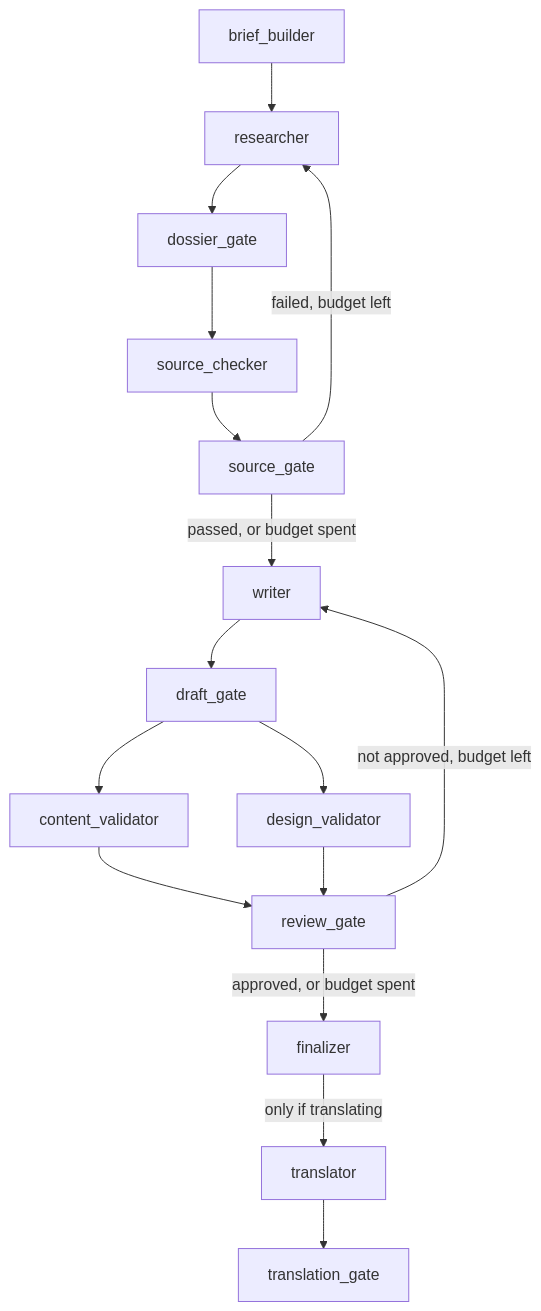
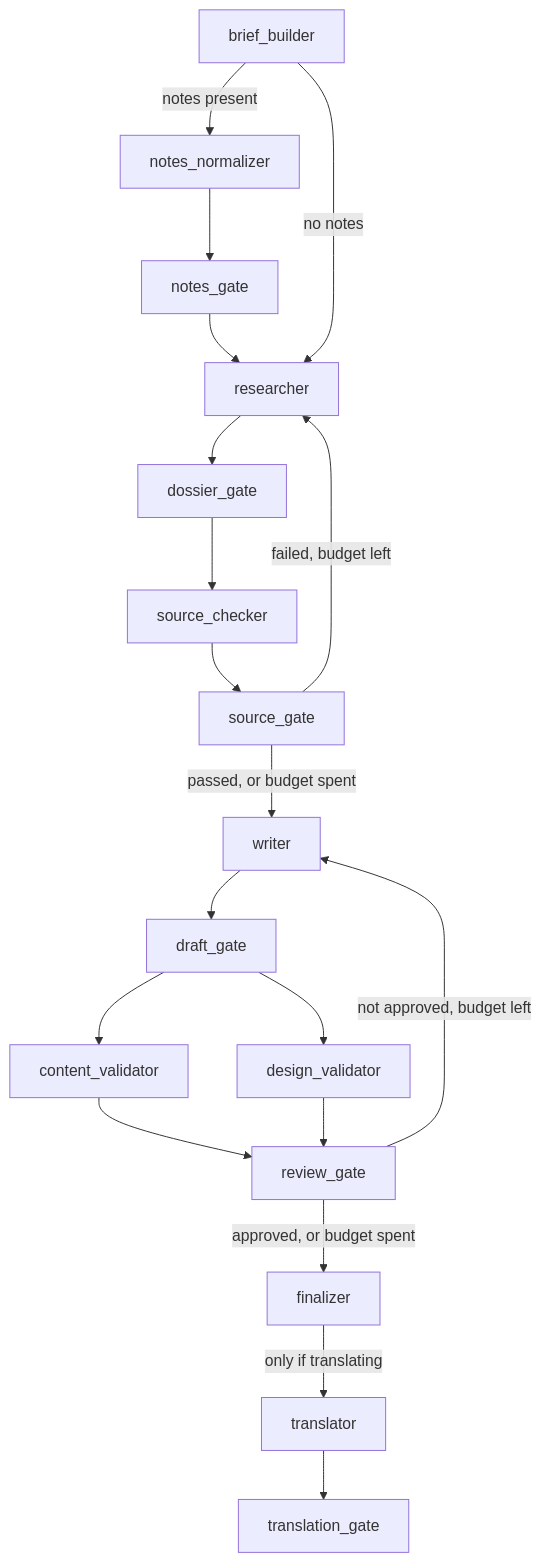
The second of 2 diagrams in docs/HOW-IT-WORKS.md (david-lorenzo88/powerplatformninja-blogger), drawn with Mermaid before and after one commit. The commit also changed other lines of this file and 24 other files, not shown here.

````diff
--- a/docs/HOW-IT-WORKS.md
+++ b/docs/HOW-IT-WORKS.md
@@ -205,18 +206,21 @@
 ```mermaid
 flowchart TD
-    brief_builder --> researcher
+    brief_builder -->|notes present| notes_normalizer
+    notes_normalizer --> notes_gate
+    notes_gate --> researcher
+    brief_builder -->|no notes| researcher
     researcher --> dossier_gate
     dossier_gate --> source_checker
     source_checker --> source_gate
     source_gate -->|failed, budget left| researcher
     source_gate -->|passed, or budget spent| writer
     writer --> draft_gate
     draft_gate --> content_validator
     draft_gate --> design_validator
     content_validator --> review_gate
     design_validator --> review_gate
     review_gate -->|not approved, budget left| writer
     review_gate -->|approved, or budget spent| finalizer
     finalizer -->|only if translating| translator
     translator --> translation_gate
 ```
````
